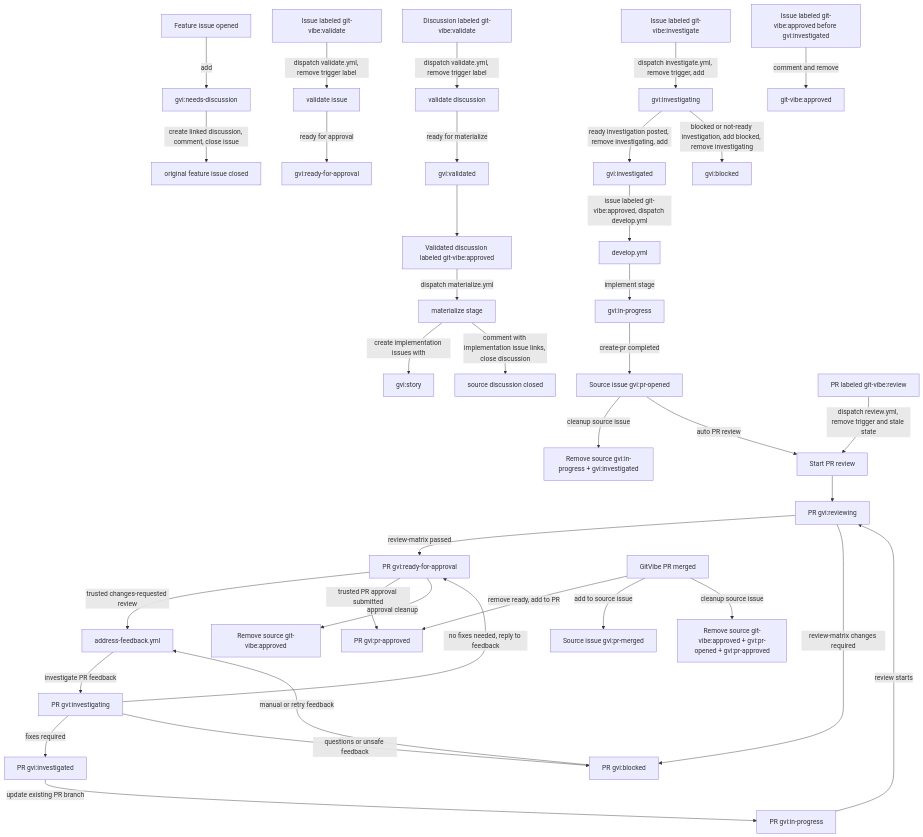
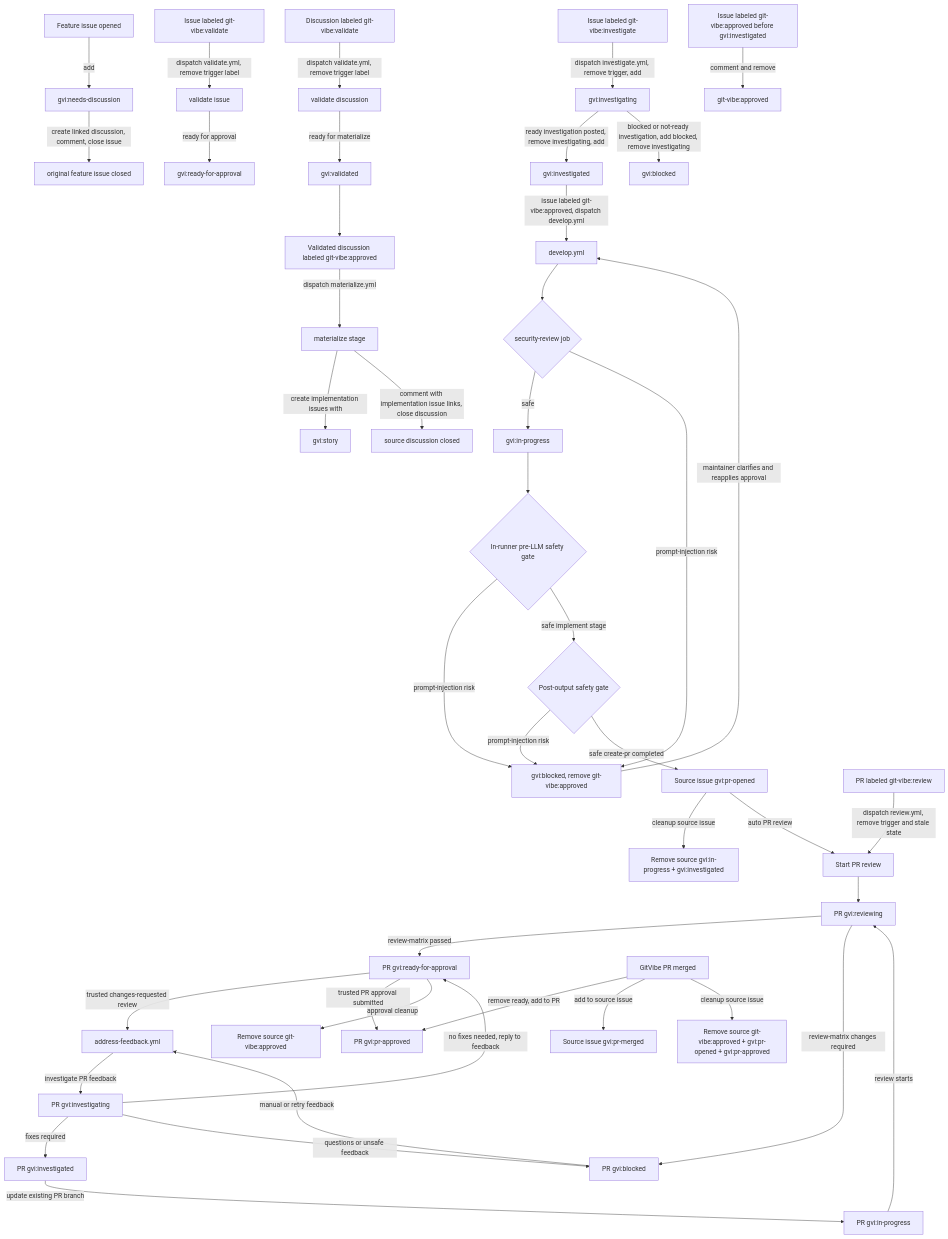
The second of 7 diagrams in docs/WORKFLOW.md (markhuangai/git-vibe), drawn with Mermaid before and after one commit. The commit also changed other lines of this file and 39 other files, not shown here.

First line of the commit message:
Add comprehensive tests for GitVibe workflows and security review actions

````diff
--- a/docs/WORKFLOW.md
+++ b/docs/WORKFLOW.md
@@ -104,45 +137,52 @@
 ```mermaid
 flowchart TD
   FeatureIssue["Feature issue opened"] -->|add| NeedsDiscussion["gvi:needs-discussion"]
   NeedsDiscussion -->|create linked discussion, comment, close issue| ClosedFeatureIssue["original feature issue closed"]
   DiscussionApproved["Validated discussion labeled git-vibe:approved"] -->|dispatch materialize.yml| Materialize["materialize stage"]
   Materialize -->|create implementation issues with| Story["gvi:story"]
   Materialize -->|comment with implementation issue links, close discussion| ClosedDiscussion["source discussion closed"]
 
   IssueValidate["Issue labeled git-vibe:validate"] -->|dispatch validate.yml, remove trigger label| ValidateIssue["validate issue"]
   DiscussionValidate["Discussion labeled git-vibe:validate"] -->|dispatch validate.yml, remove trigger label| ValidateDiscussion["validate discussion"]
   ValidateIssue -->|ready for approval| ReadyForApproval["gvi:ready-for-approval"]
   ValidateDiscussion -->|ready for materialize| ValidatedDiscussion["gvi:validated"]
   ValidatedDiscussion --> DiscussionApproved
 
   IssueInvestigate["Issue labeled git-vibe:investigate"] -->|dispatch investigate.yml, remove trigger, add| Investigating["gvi:investigating"]
   Investigating -->|ready investigation posted, remove investigating, add| Investigated["gvi:investigated"]
   Investigating -->|blocked or not-ready investigation, add blocked, remove investigating| Blocked["gvi:blocked"]
   ApprovedTooEarly["Issue labeled git-vibe:approved before gvi:investigated"] -->|comment and remove| ApprovedViolation["git-vibe:approved"]
   Investigated -->|issue labeled git-vibe:approved, dispatch develop.yml| Develop["develop.yml"]
-  Develop -->|implement stage| InProgress["gvi:in-progress"]
+  Develop --> WorkflowSecurity{security-review job}
+  WorkflowSecurity -->|safe| InProgress["gvi:in-progress"]
+  WorkflowSecurity -->|prompt-injection risk| SafetyBlocked["gvi:blocked, remove git-vibe:approved"]
+  InProgress --> PreLlmGate{In-runner pre-LLM safety gate}
+  PreLlmGate -->|prompt-injection risk| SafetyBlocked
+  PreLlmGate -->|safe implement stage| OutputGate{Post-output safety gate}
+  OutputGate -->|prompt-injection risk| SafetyBlocked
+  OutputGate -->|safe create-pr completed| PrOpened["Source issue gvi:pr-opened"]
+  SafetyBlocked -->|maintainer clarifies and reapplies approval| Develop
 
-  InProgress -->|create-pr completed| PrOpened["Source issue gvi:pr-opened"]
   PrOpened -->|cleanup source issue| SourceCleanup["Remove source gvi:in-progress + gvi:investigated"]
   PrOpened -->|auto PR review| PrReviewStart["Start PR review"]
   PrReviewLabel["PR labeled git-vibe:review"] -->|dispatch review.yml, remove trigger and stale state| PrReviewStart
   PrReviewStart --> PrReviewing["PR gvi:reviewing"]
   PrReviewing -->|review-matrix passed| PrReady["PR gvi:ready-for-approval"]
   PrReviewing -->|review-matrix changes required| PrBlocked["PR gvi:blocked"]
 
   PrReady -->|trusted changes-requested review| PrFeedback["address-feedback.yml"]
   PrBlocked -->|manual or retry feedback| PrFeedback
   PrFeedback -->|investigate PR feedback| PrInvestigating["PR gvi:investigating"]
   PrInvestigating -->|no fixes needed, reply to feedback| PrReady
   PrInvestigating -->|fixes required| PrInvestigated["PR gvi:investigated"]
   PrInvestigating -->|questions or unsafe feedback| PrBlocked
   PrInvestigated -->|update existing PR branch| PrInProgress["PR gvi:in-progress"]
   PrInProgress -->|review starts| PrReviewing
 
   PrReady -->|trusted PR approval submitted| PrApproved["PR gvi:pr-approved"]
   PrReady -->|approval cleanup| ApprovalCleanup["Remove source git-vibe:approved"]
 
   PrMergedEvent["GitVibe PR merged"] -->|remove ready, add to PR| PrApproved
   PrMergedEvent -->|add to source issue| PrMerged["Source issue gvi:pr-merged"]
   PrMergedEvent -->|cleanup source issue| MergeCleanup["Remove source git-vibe:approved + gvi:pr-opened + gvi:pr-approved"]
 ```
````
